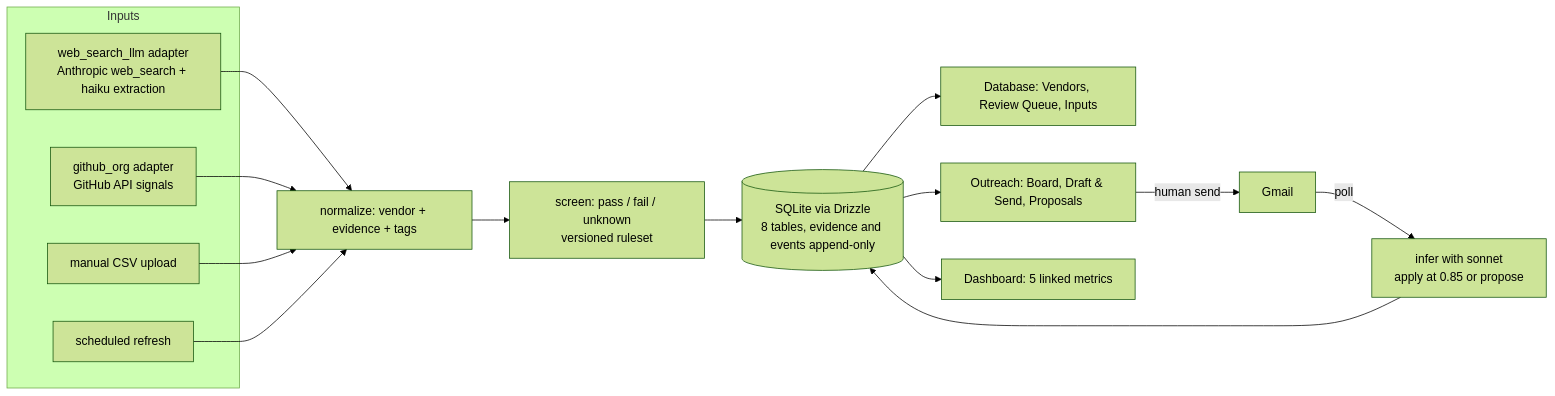
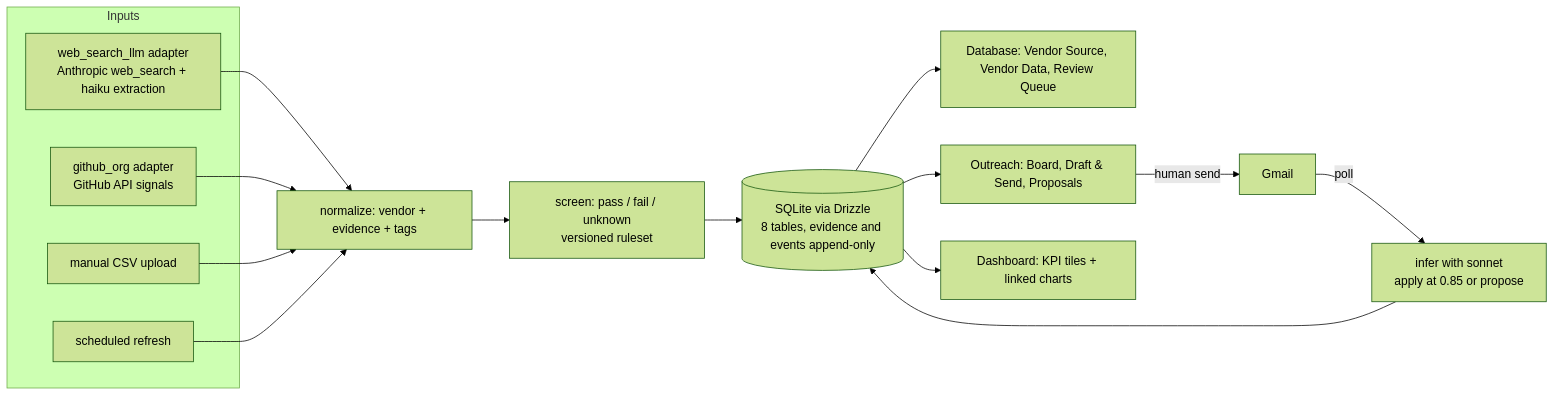
The diagram in README.md (jerry1998728/vendor-sourcing), drawn with Mermaid (forest theme) before and after one commit. The commit also changed other lines of this file and 1 other file, not shown here.

Commit message:
Batch E: docs for the new navigation, dashboard charts and ruleset dialog

````diff
--- a/README.md
+++ b/README.md
@@ -7,18 +7,18 @@
 ```mermaid
 flowchart LR
   subgraph Inputs
     WS[web_search_llm adapter<br/>Anthropic web_search + haiku extraction]
     GH[github_org adapter<br/>GitHub API signals]
     CSV[manual CSV upload]
     RF[scheduled refresh]
   end
   WS & GH & CSV & RF --> N[normalize: vendor + evidence + tags]
   N --> S[screen: pass / fail / unknown<br/>versioned ruleset]
   S --> DB[(SQLite via Drizzle<br/>8 tables, evidence and events append-only)]
-  DB --> D[Database: Vendors, Review Queue, Inputs]
+  DB --> D[Database: Vendor Source, Vendor Data, Review Queue]
   DB --> O[Outreach: Board, Draft & Send, Proposals]
-  DB --> H[Dashboard: 5 linked metrics]
+  DB --> H[Dashboard: KPI tiles + linked charts]
   O -- human send --> GM[Gmail]
   GM -- poll --> I[infer with sonnet<br/>apply at 0.85 or propose]
   I --> DB
 ```
````
